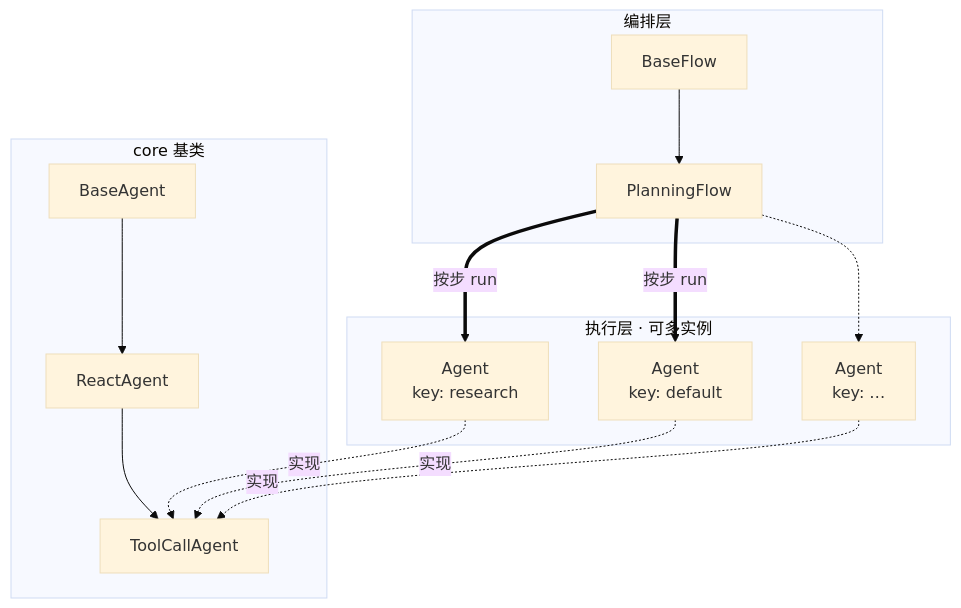
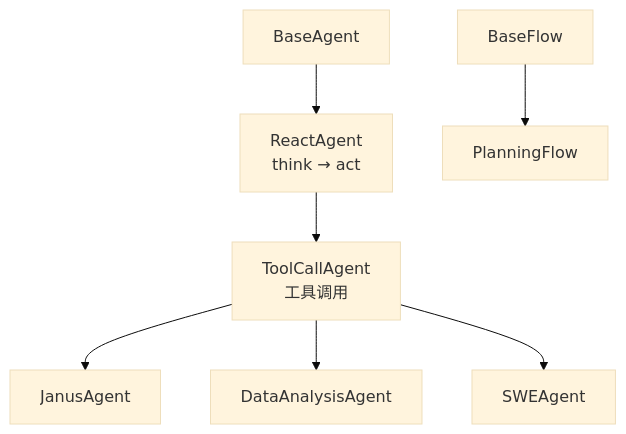
One commit to jixie-wish/Janus changed the second of 6 diagrams in core/docs/AGENT-FLOW.md. Above: the diagram before and after it, drawn with Mermaid (base theme). The commit also changed other lines of this file and 48 other files, not shown here.

````diff
--- a/core/docs/AGENT-FLOW.md
+++ b/core/docs/AGENT-FLOW.md
@@ -9,23 +52,16 @@
 ```mermaid
 flowchart TB
-    subgraph flowLayer["编排层"]
-        BF[BaseFlow]
-        PF[PlanningFlow]
-        BF --> PF
-    end
+    BA[BaseAgent]
+    RA[ReactAgent<br/>think → act]
+    TCA[ToolCallAgent<br/>工具调用]
+    JA[JanusAgent]
+    DA[DataAnalysisAgent]
+    SWE[SWEAgent]
 
-    subgraph agentLayer["执行层 · 可多实例"]
-        A1["Agent<br/>key: research"]
-        A2["Agent<br/>key: default"]
-        A3["Agent<br/>key: …"]
-    end
+    BA --> RA --> TCA
+    TCA --> JA & DA & SWE
 
-    subgraph coreLayer["core 基类"]
-        BA[BaseAgent] --> RA[ReactAgent] --> TCA[ToolCallAgent]
-    end
-
-    PF ==>|按步 run| A1
-    PF ==>|按步 run| A2
-    PF -.-> A3
-    A1 & A2 & A3 -.->|实现| TCA
+    BF[BaseFlow]
+    PF[PlanningFlow]
+    BF --> PF
 ```
````
